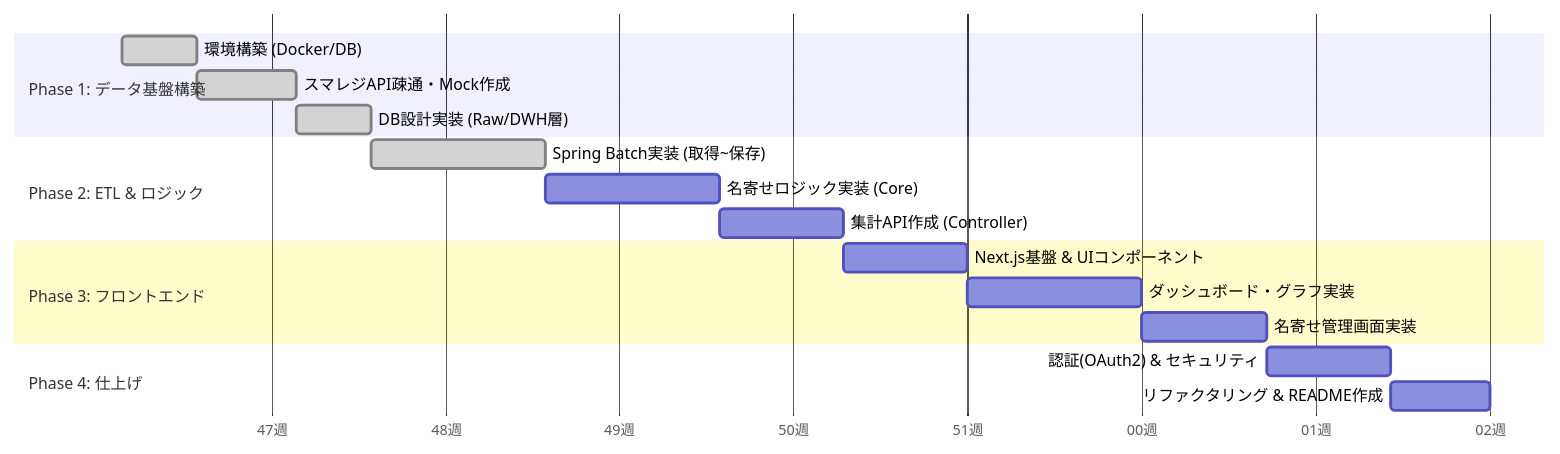
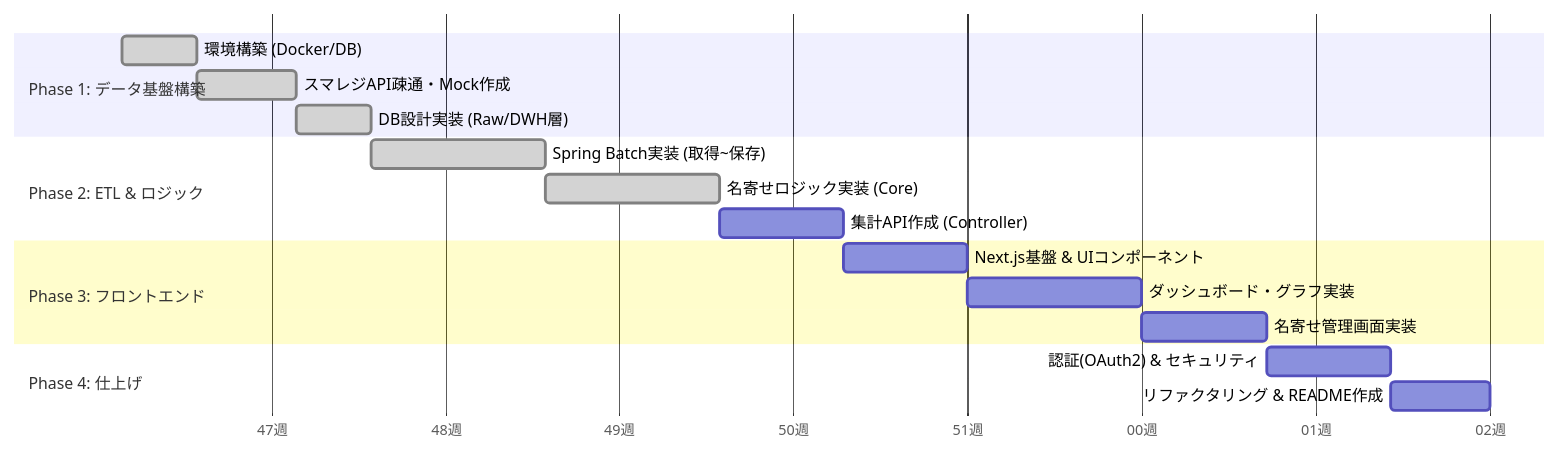
The diagram in docs/roadmap.md (horinoA/beauty-sales-dwh), drawn with Mermaid before and after one commit. The commit also changed other lines of this file and 11 other files, not shown here.

````diff
--- a/docs/roadmap.md
+++ b/docs/roadmap.md
@@ -4,24 +4,24 @@
 ```mermaid
 gantt
     dateFormat  YYYY-MM-DD
     axisFormat  %W週
 
     section Phase 1: データ基盤構築
     環境構築 (Docker/DB)           :done, p1_1, 2025-11-24, 3d
     スマレジAPI疎通・Mock作成       :done, p1_2, after p1_1, 4d
     DB設計実装 (Raw/DWH層)         :done, p1_3, after p1_2, 3d
     
     section Phase 2: ETL & ロジック
     Spring Batch実装 (取得~保存)    :done, p2_1, after p1_3, 7d
-    名寄せロジック実装 (Core)       :p2_2, after p2_1, 7d
+    名寄せロジック実装 (Core)       :done, after p2_1, 7d
     集計API作成 (Controller)       :p2_3, after p2_2, 5d
 
     section Phase 3: フロントエンド
     Next.js基盤 & UIコンポーネント   :p3_1, after p2_3, 5d
     ダッシュボード・グラフ実装       :p3_2, after p3_1, 7d
     名寄せ管理画面実装             :p3_3, after p3_2, 5d
 
     section Phase 4: 仕上げ
     認証(OAuth2) & セキュリティ     :p4_1, after p3_3, 5d
     リファクタリング & README作成    :p4_2, after p4_1, 4d
 ```
````
